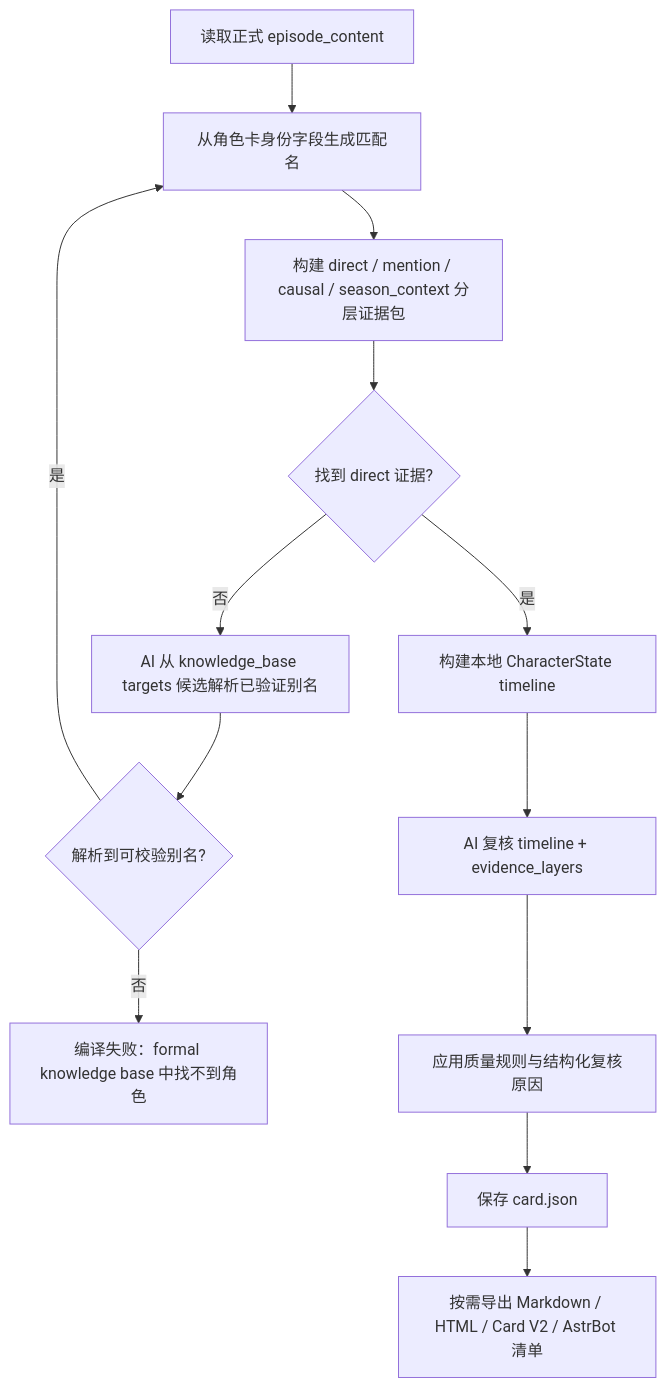
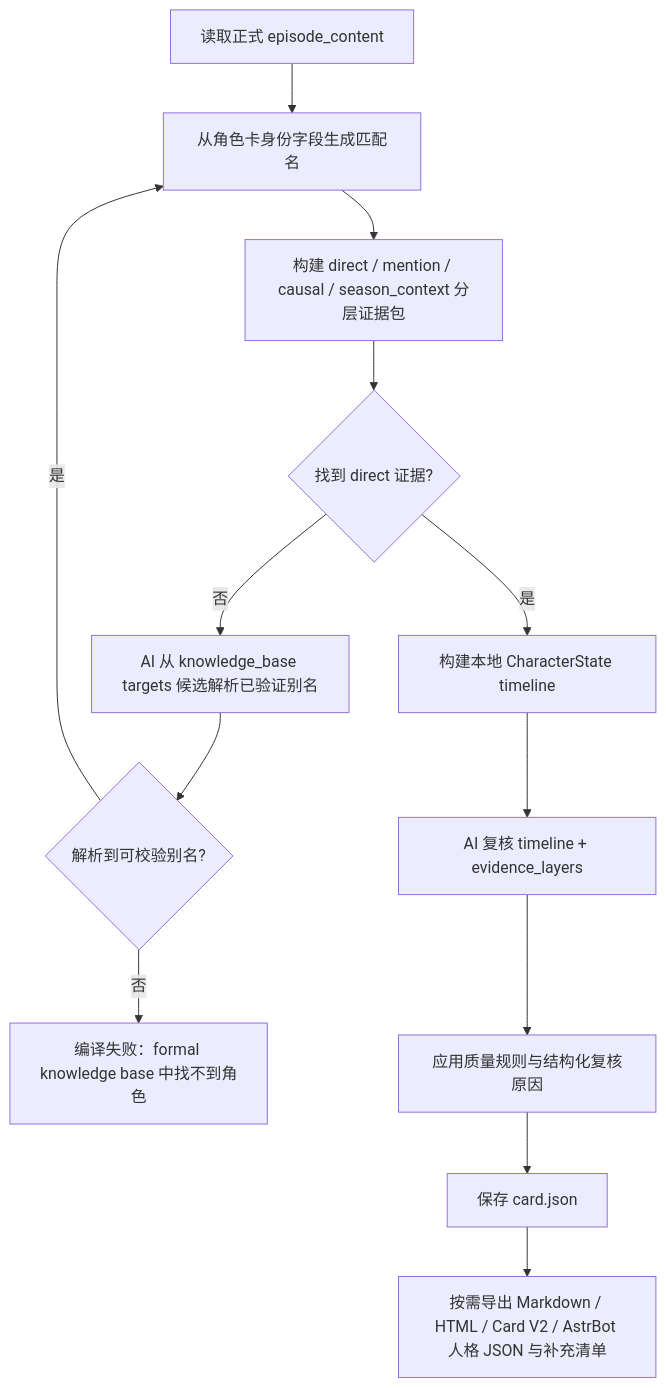
The second of 2 diagrams in docs/reference/extraction-workflow.zh_CN.md (yomihime/CharaPicker), drawn with Mermaid before and after one commit. The commit also changed other lines of this file and 24 other files, not shown here.

Commit message:
feat: add AstrBot persona JSON export

````diff
--- a/docs/reference/extraction-workflow.zh_CN.md
+++ b/docs/reference/extraction-workflow.zh_CN.md
@@ -284,15 +284,15 @@
 ```mermaid
 flowchart TD
     A[读取正式 episode_content] --> B[从角色卡身份字段生成匹配名]
     B --> C[构建 direct / mention / causal / season_context 分层证据包]
     C --> D{找到 direct 证据?}
     D -->|否| E[AI 从 knowledge_base targets 候选解析已验证别名]
     E --> F{解析到可校验别名?}
     F -->|是| B
     F -->|否| X[编译失败：formal knowledge base 中找不到角色]
     D -->|是| G[构建本地 CharacterState timeline]
     G --> H[AI 复核 timeline + evidence_layers]
     H --> Q[应用质量规则与结构化复核原因]
     Q --> I[保存 card.json]
-    I --> J[按需导出 Markdown / HTML / Card V2 / AstrBot 清单]
+    I --> J[按需导出 Markdown / HTML / Card V2 / AstrBot 人格 JSON 与补充清单]
 ```
````
